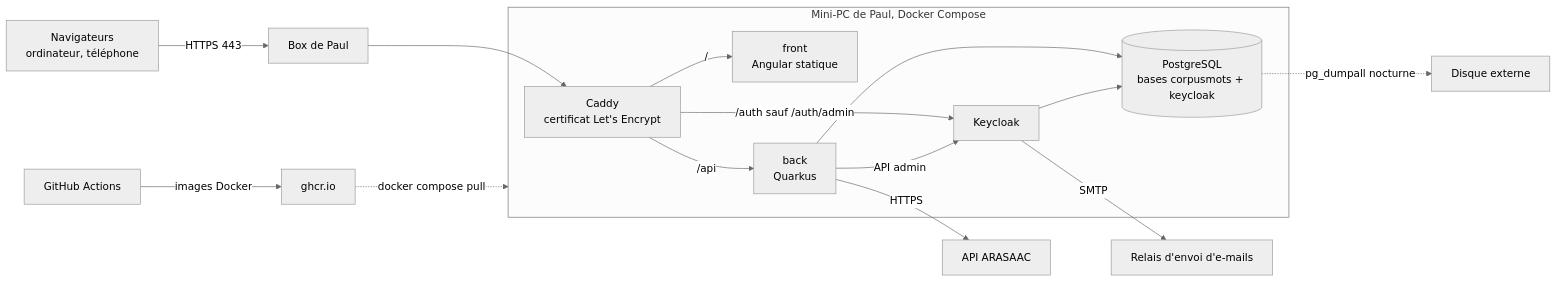
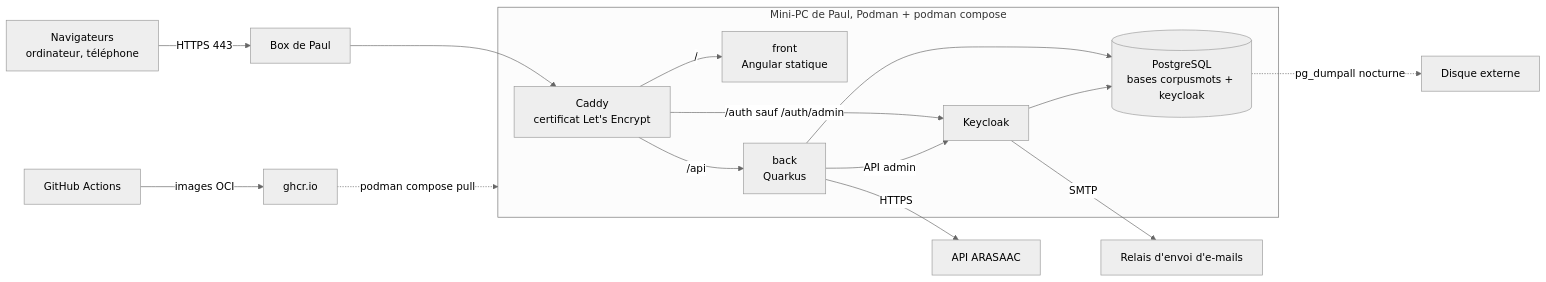
Before and after one commit to PaulRoumy/corpus-mots: the third of 4 diagrams in docs/architecture/architecture-corpus-mots-2026-10-29/ARCHITECTURE-SPINE.md, drawn with Mermaid (neutral theme). The commit also changed other lines of this file and 110 other files, not shown here.

````diff
--- a/docs/architecture/architecture-corpus-mots-2026-10-29/ARCHITECTURE-SPINE.md
+++ b/docs/architecture/architecture-corpus-mots-2026-10-29/ARCHITECTURE-SPINE.md
@@ -281,18 +282,18 @@
 ```mermaid
 graph LR
   U[Navigateurs<br/>ordinateur, téléphone] -->|HTTPS 443| BOX[Box de Paul]
   BOX --> C[Caddy<br/>certificat Let's Encrypt]
-  subgraph MiniPC[Mini-PC de Paul, Docker Compose]
+  subgraph MiniPC[Mini-PC de Paul, Podman + podman compose]
     C -->|/| F[front<br/>Angular statique]
     C -->|/api| B[back<br/>Quarkus]
     C -->|/auth sauf /auth/admin| K[Keycloak]
     B --> P[(PostgreSQL<br/>bases corpusmots + keycloak)]
     K --> P
     B -->|API admin| K
   end
   B -->|HTTPS| A[API ARASAAC]
   K -->|SMTP| S[Relais d'envoi d'e-mails]
   P -.->|pg_dumpall nocturne| D[Disque externe]
-  GH[GitHub Actions] -->|images Docker| R[ghcr.io]
-  R -.->|docker compose pull| MiniPC
+  GH[GitHub Actions] -->|images OCI| R[ghcr.io]
+  R -.->|podman compose pull| MiniPC
 ```
````
